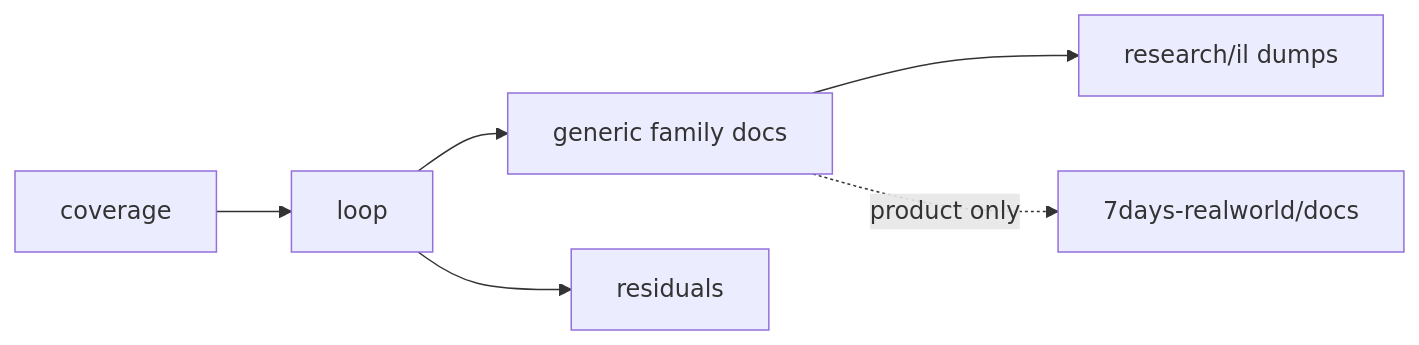
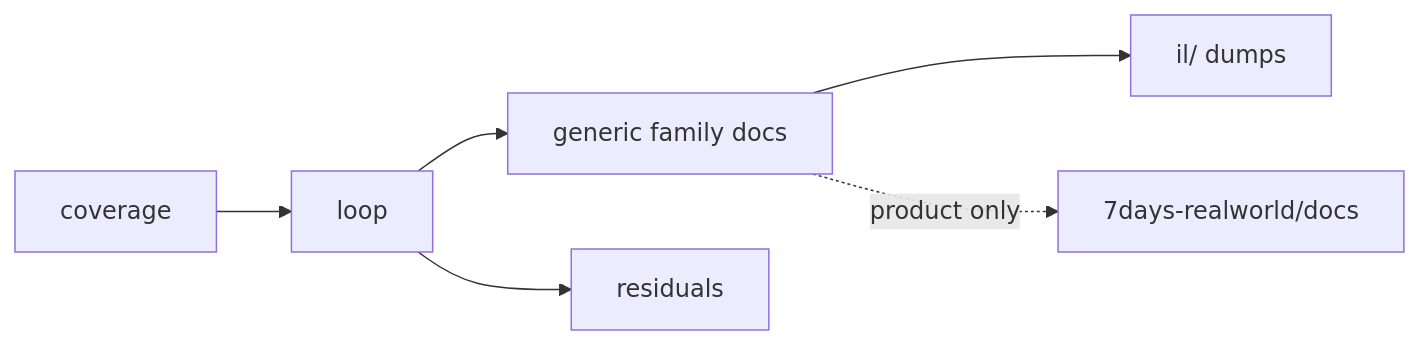
Before and after one commit to hordeforge/7dtd-engine-research: the diagram in docs/INDEX.md, drawn with Mermaid. The commit also changed other lines of this file and 12 other files, not shown here.

````diff
--- a/docs/INDEX.md
+++ b/docs/INDEX.md
@@ -29,8 +29,8 @@
 ```mermaid
 flowchart LR
   A[coverage] --> B[loop]
   B --> C[generic family docs]
-  C --> D[research/il dumps]
+  C --> D[il/ dumps]
   B --> E[residuals]
   C -.->|product only| RE[7days-realworld/docs]
 ```
````
